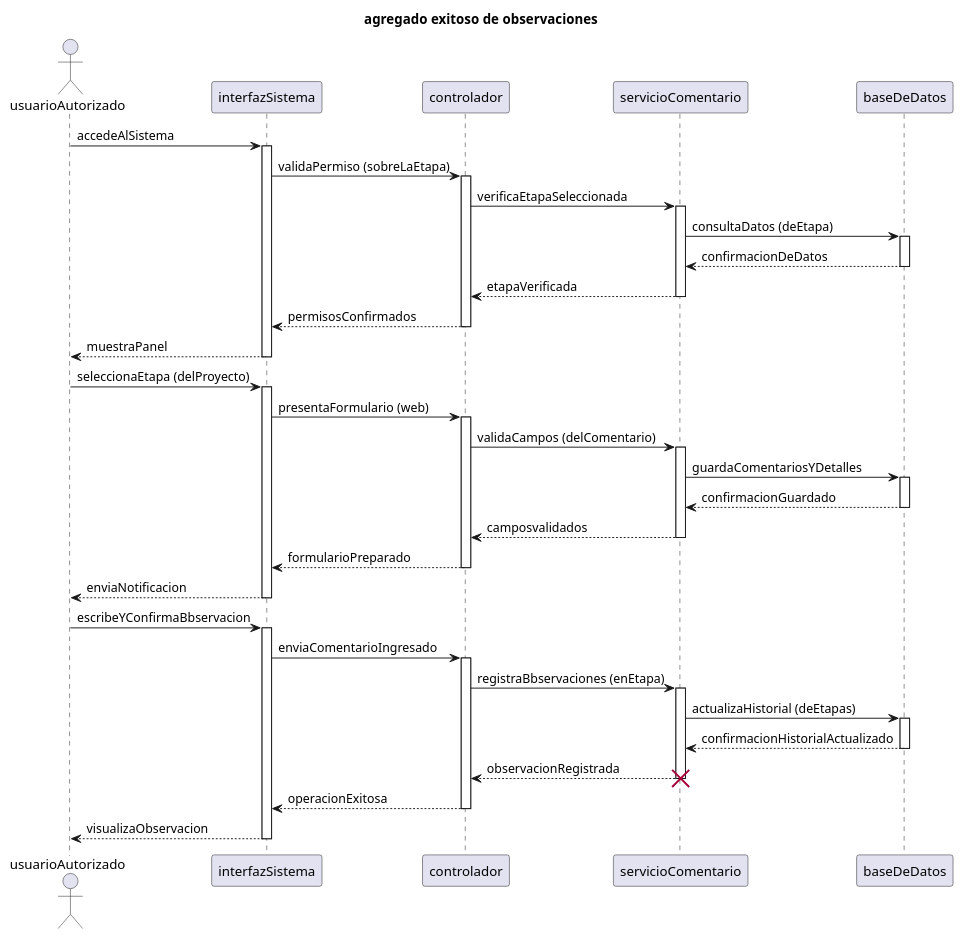
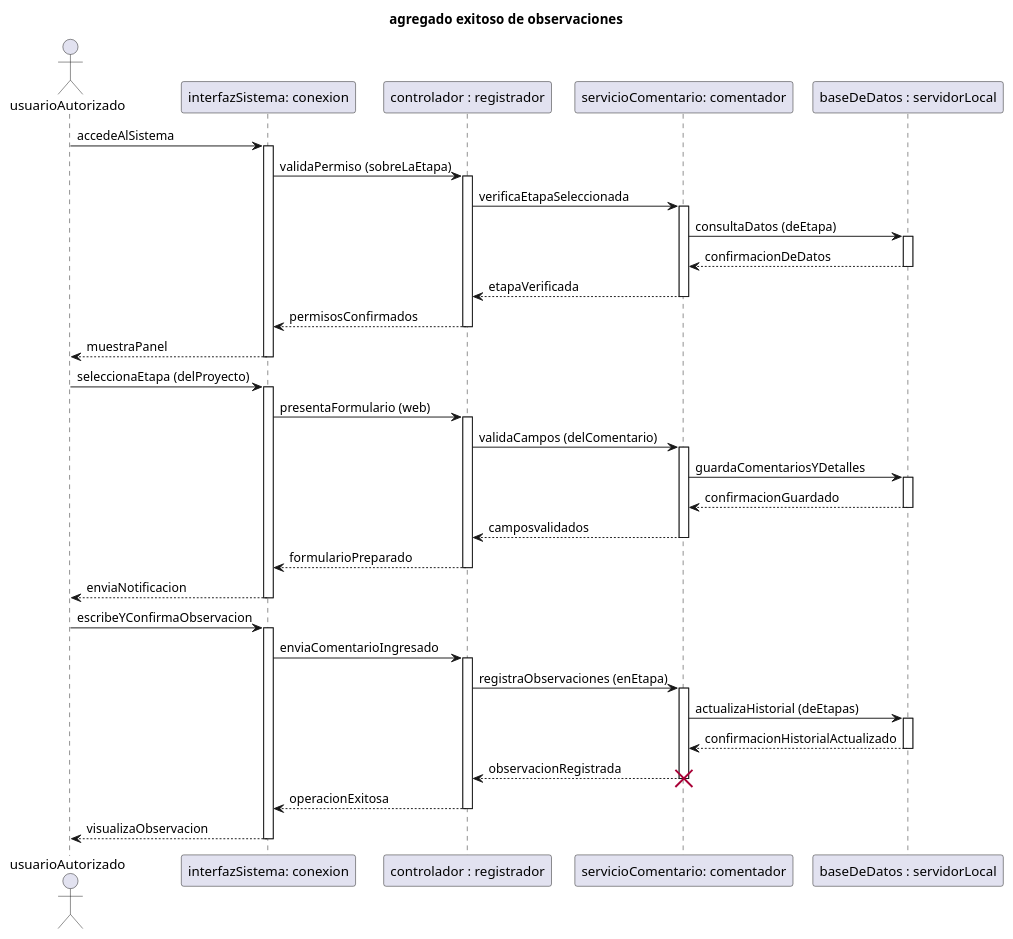
Before and after one commit to 9919-Mili/SistemaProductoraVideos: the diagram in diagramas/05-diagramas-secuencia/05-secuencia-agregar-observaciones-agregado-exitoso-de-observaciones-03.puml, drawn with PlantUML. The commit also changed 9 other files, not shown here.

```diff
--- a/diagramas/05-diagramas-secuencia/05-secuencia-agregar-observaciones-agregado-exitoso-de-observaciones-03.puml
+++ b/diagramas/05-diagramas-secuencia/05-secuencia-agregar-observaciones-agregado-exitoso-de-observaciones-03.puml
@@ -1,63 +1,63 @@
 @startuml 
 title agregado exitoso de observaciones 
 
 actor usuarioAutorizado
-participant interfazSistema as interfazSistema
-participant controlador as controlador
-participant servicioComentario as servicioComentario
-participant baseDeDatos as baseDeDatos
+participant "interfazSistema: conexion" as interfazSistema
+participant "controlador : registrador" as controlador
+participant "servicioComentario: comentador" as servicioComentario
+participant "baseDeDatos : servidorLocal" as baseDeDatos
 
 usuarioAutorizado -> interfazSistema: accedeAlSistema
 activate interfazSistema
 interfazSistema -> controlador: validaPermiso (sobreLaEtapa)
 activate controlador
 controlador -> servicioComentario: verificaEtapaSeleccionada
 activate servicioComentario
 servicioComentario -> baseDeDatos: consultaDatos (deEtapa)
 activate baseDeDatos
 baseDeDatos --> servicioComentario: confirmacionDeDatos
 deactivate baseDeDatos
 servicioComentario --> controlador: etapaVerificada
 deactivate servicioComentario
 controlador --> interfazSistema: permisosConfirmados
 deactivate controlador
 interfazSistema --> usuarioAutorizado: muestraPanel 
 deactivate interfazSistema
 
 usuarioAutorizado -> interfazSistema: seleccionaEtapa (delProyecto)
 activate interfazSistema
 interfazSistema -> controlador: presentaFormulario (web) 
 activate controlador
 controlador -> servicioComentario: validaCampos (delComentario) 
 activate servicioComentario
 servicioComentario -> baseDeDatos: guardaComentariosYDetalles 
 activate baseDeDatos
 baseDeDatos --> servicioComentario: confirmacionGuardado
 deactivate baseDeDatos
 servicioComentario --> controlador: camposvalidados 
 deactivate servicioComentario
 controlador --> interfazSistema: formularioPreparado
 deactivate controlador
 interfazSistema --> usuarioAutorizado: enviaNotificacion 
 deactivate interfazSistema
 
-usuarioAutorizado-> interfazSistema: escribeYConfirmaBbservacion 
+usuarioAutorizado-> interfazSistema: escribeYConfirmaObservacion 
 activate interfazSistema
 interfazSistema -> controlador: enviaComentarioIngresado
 activate controlador
-controlador -> servicioComentario: registraBbservaciones (enEtapa)
+controlador -> servicioComentario: registraObservaciones (enEtapa)
 activate servicioComentario
 servicioComentario -> baseDeDatos: actualizaHistorial (deEtapas) 
 activate baseDeDatos
 baseDeDatos --> servicioComentario: confirmacionHistorialActualizado
 deactivate baseDeDatos 
 servicioComentario --> controlador: observacionRegistrada 
 deactivate servicioComentario
 destroy servicioComentario
 controlador --> interfazSistema: operacionExitosa 
 deactivate controlador
 interfazSistema --> usuarioAutorizado: visualizaObservacion 
 deactivate interfazSistema
 
 
 @enduml
```
